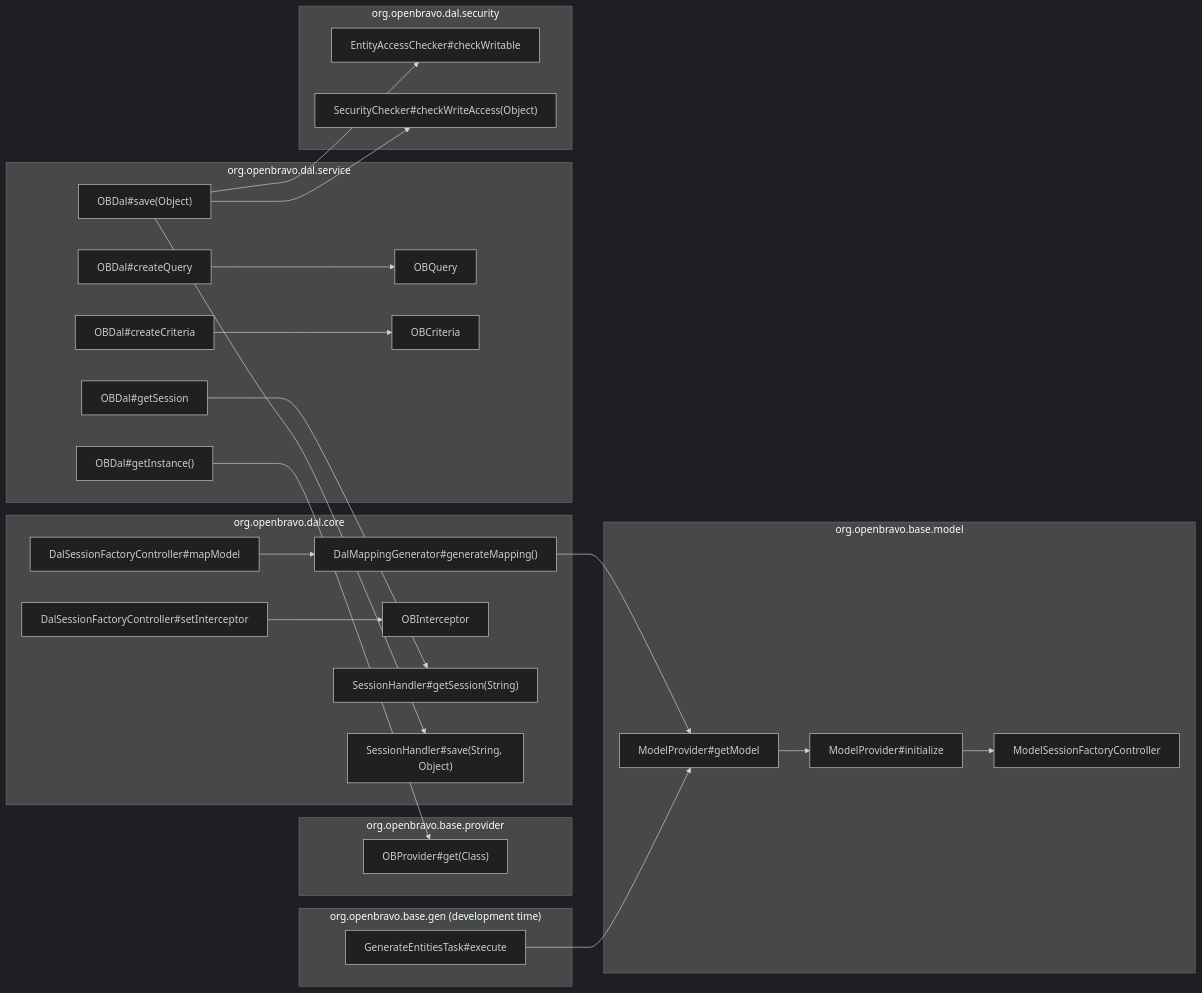
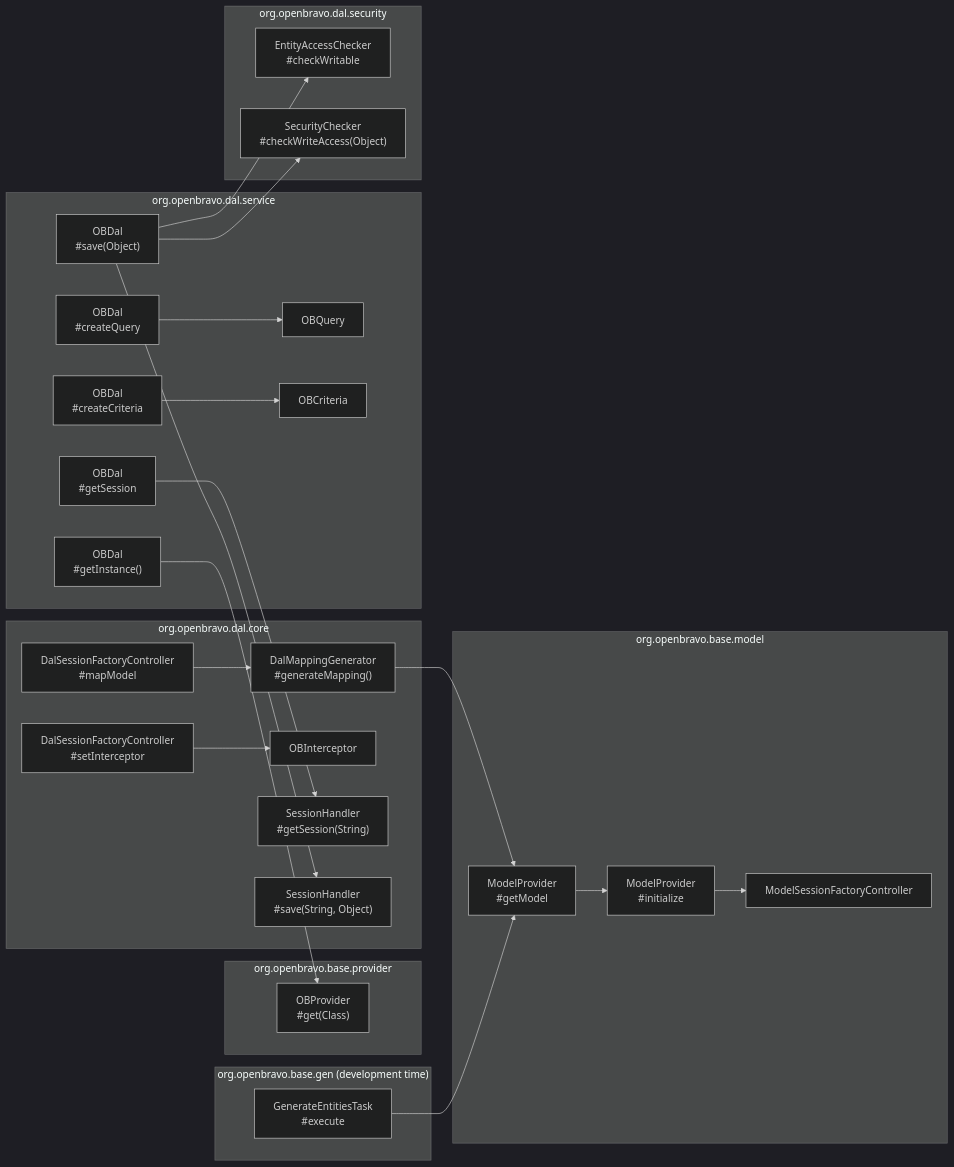
The first of 4 diagrams in docs/orm/01-architecture.md (blitzy-public-samples/openbravo-erp), drawn with Mermaid (dark theme) before and after one commit. The commit also changed other lines of this file, not shown here.

Commit message:
docs(orm): make the architecture diagrams render intact and legible
- Layers diagram: split each Class#method label onto two lines and render
  at natural size so text stays readable on narrow screens.
- Startup stages diagram: shorten the stage labels to "runtime model",
  "Hibernate mapping" and "session factory"; the Diagram sources paragraph
  now names the methods each stage stands for.
- generate.entities diagram: declare GenerateEntitiesTask#main in the task
  part, draw the labelled java edge between the two parts, and give the
  companion-class failure edge its own IllegalStateException node so its
  label stays inside the task part.
- Request lifecycle diagram: wrap messages and notes, align the measuring
  font with the drawing font and widen actor spacing so the first note and
  the participant labels are no longer clipped.

````diff
--- a/docs/orm/01-architecture.md
+++ b/docs/orm/01-architecture.md
@@ -57,48 +57,69 @@
 ```mermaid
+---
+config:
+  flowchart:
+    useMaxWidth: false
+---
 flowchart LR
   subgraph gen["org.openbravo.base.gen (development time)"]
-    GET["GenerateEntitiesTask#execute"]
+    GET["`GenerateEntitiesTask
+    #execute`"]
   end
   subgraph model["org.openbravo.base.model"]
-    MPG["ModelProvider#getModel"]
-    MPI["ModelProvider#initialize"]
+    MPG["`ModelProvider
+    #getModel`"]
+    MPI["`ModelProvider
+    #initialize`"]
     MSFC["ModelSessionFactoryController"]
   end
   subgraph provider["org.openbravo.base.provider"]
-    OBPG["OBProvider#get(Class)"]
+    OBPG["`OBProvider
+    #get(Class)`"]
   end
   subgraph core["org.openbravo.dal.core"]
-    DSFCM["DalSessionFactoryController#mapModel"]
-    DSFCI["DalSessionFactoryController#setInterceptor"]
-    DMG["DalMappingGenerator#generateMapping()"]
+    DSFCM["`DalSessionFactoryController
+    #mapModel`"]
+    DSFCI["`DalSessionFactoryController
+    #setInterceptor`"]
+    DMG["`DalMappingGenerator
+    #generateMapping()`"]
     OBI["OBInterceptor"]
-    SHG["SessionHandler#getSession(String)"]
-    SHS["SessionHandler#save(String, Object)"]
+    SHG["`SessionHandler
+    #getSession(String)`"]
+    SHS["`SessionHandler
+    #save(String, Object)`"]
   end
   subgraph service["org.openbravo.dal.service"]
-    ODI["OBDal#getInstance()"]
-    ODG["OBDal#getSession"]
-    ODQ["OBDal#createQuery"]
-    ODC["OBDal#createCriteria"]
-    ODS["OBDal#save(Object)"]
+    ODI["`OBDal
+    #getInstance()`"]
+    ODG["`OBDal
+    #getSession`"]
+    ODQ["`OBDal
+    #createQuery`"]
+    ODC["`OBDal
+    #createCriteria`"]
+    ODS["`OBDal
+    #save(Object)`"]
     OQ["OBQuery"]
     OC["OBCriteria"]
   end
   subgraph security["org.openbravo.dal.security"]
-    EAC["EntityAccessChecker#checkWritable"]
-    SC["SecurityChecker#checkWriteAccess(Object)"]
+    EAC["`EntityAccessChecker
+    #checkWritable`"]
+    SC["`SecurityChecker
+    #checkWriteAccess(Object)`"]
   end
   GET --> MPG
   MPG --> MPI
   MPI --> MSFC
   DSFCM --> DMG
   DMG --> MPG
   DSFCI --> OBI
   ODI --> OBPG
   ODG --> SHG
   ODQ --> OQ
   ODC --> OC
   ODS --> EAC
   ODS --> SC
   ODS --> SHS
 ```
````
